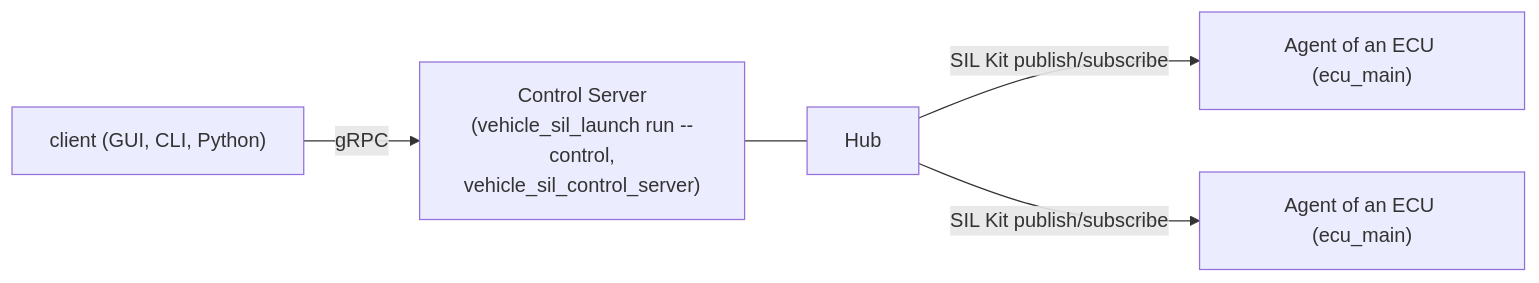
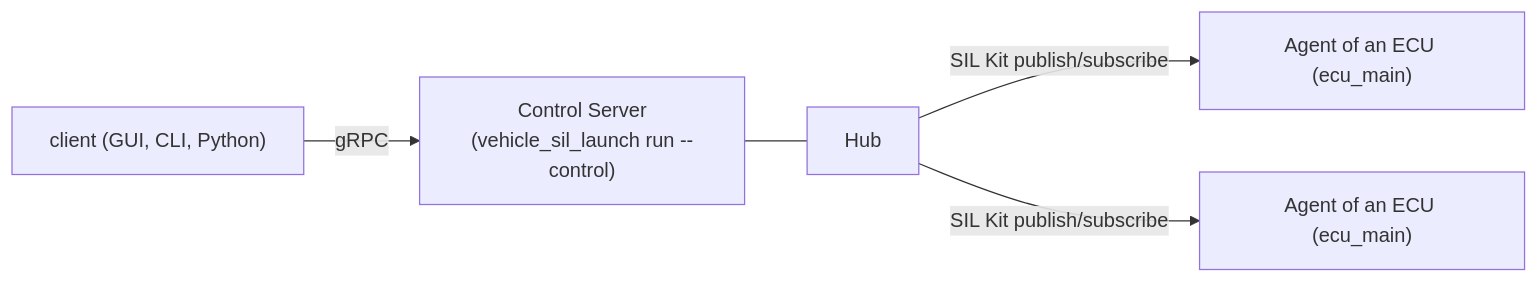
Before and after one commit to rahanahu/vehicle-sil: the first of 4 diagrams in docs/architecture.md, drawn with Mermaid. The commit also changed other lines of this file and 20 other files, not shown here.

First line of the commit message:
refactor(control)!: remove the standalone control server

````diff
--- a/docs/architecture.md
+++ b/docs/architecture.md
@@ -1190,7 +1188,7 @@
 ```mermaid
 flowchart LR
-    client["client (GUI, CLI, Python)"] -- gRPC --> server["Control Server<br>(vehicle_sil_launch run --control,<br>vehicle_sil_control_server)"]
+    client["client (GUI, CLI, Python)"] -- gRPC --> server["Control Server<br>(vehicle_sil_launch run --control)"]
     server --- hub["Hub"]
     hub -- "SIL Kit publish/subscribe" --> a1["Agent of an ECU (ecu_main)"]
     hub -- "SIL Kit publish/subscribe" --> a2["Agent of an ECU (ecu_main)"]
 ```
````
